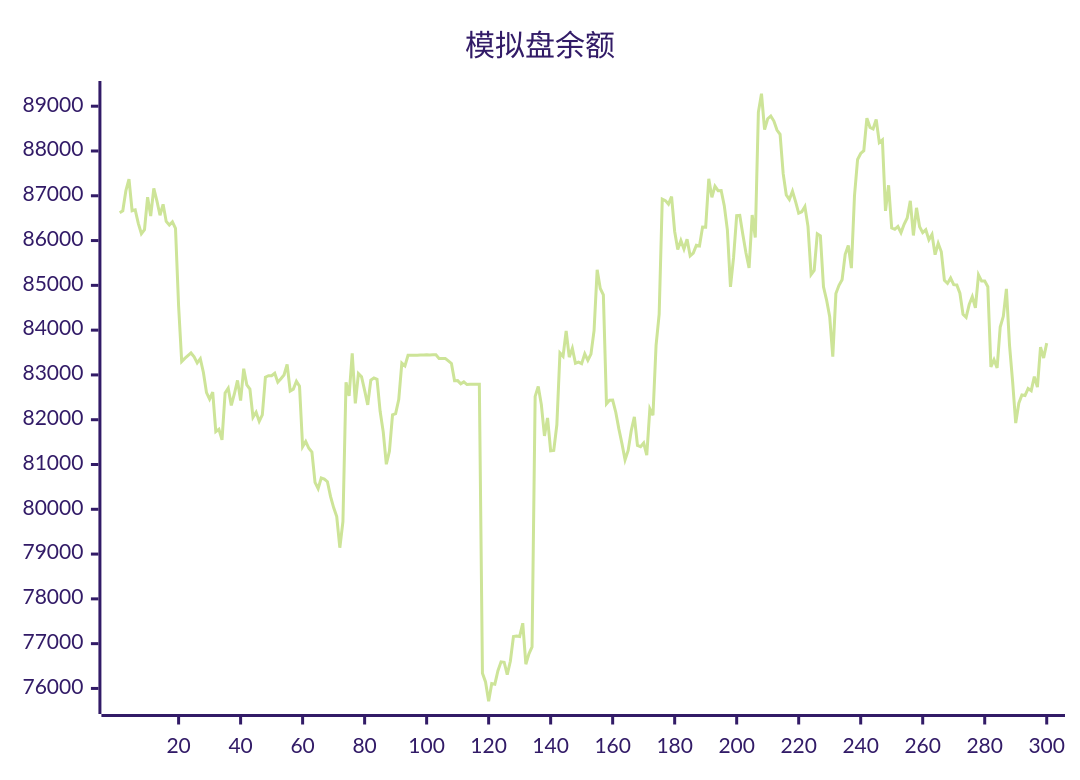
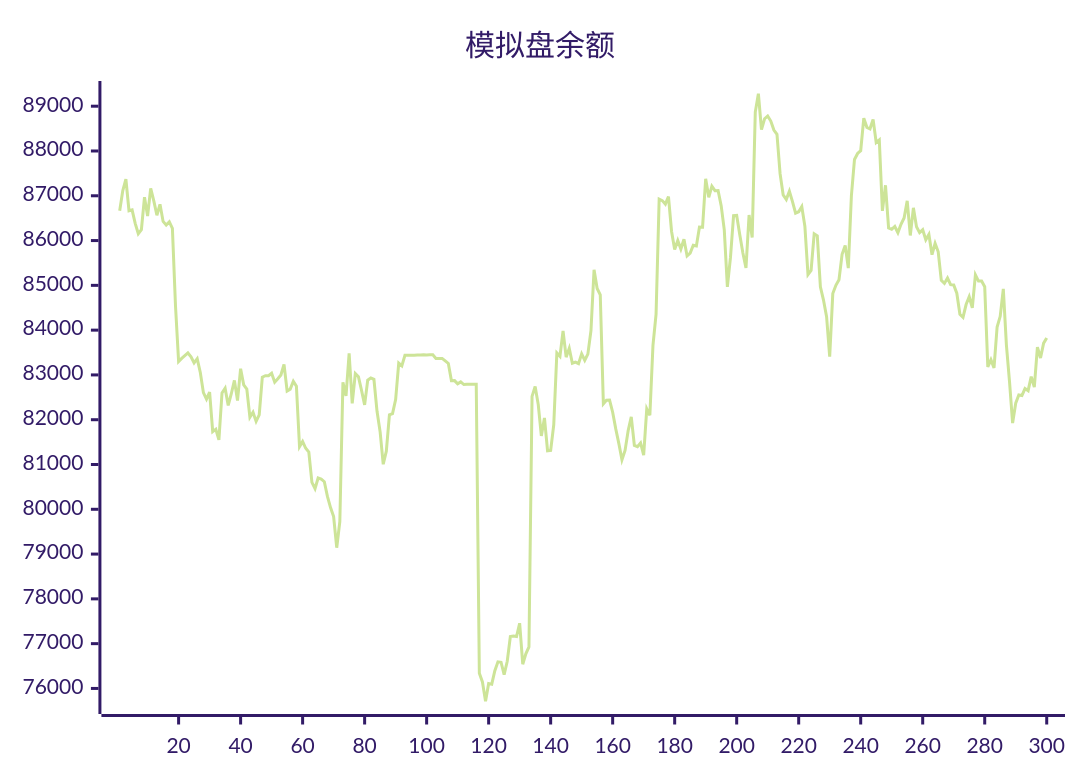
The diagram in README.md (aahl/ai-trading), drawn with Mermaid (forest theme) before and after one commit. The commit also changed other lines of this file and 1 other file, not shown here.

````diff
--- a/README.md
+++ b/README.md
@@ -5,5 +5,5 @@
 ```mermaid
 xychart
     title "模拟盘余额"
-    line [86622,86664,87115,87369,86666,86685,86384,86152,86243,86969,86548,87164,86885,86566,86809,86427,86348,86417,86273,84538,83299,83369,83430,83490,83404,83270,83362,83056,82605,82459,82614,81734,81788,81551,82598,82702,82320,82580,82878,82426,83139,82778,82686,82056,82166,81963,82110,82951,82983,82984,83038,82838,82915,82998,83235,82642,82682,82858,82746,81396,81512,81362,81277,80600,80461,80699,80673,80616,80288,80038,79836,79142,79722,82837,82533,83480,82366,83032,82960,82654,82330,82883,82934,82901,82188,81728,81005,81298,82110,82135,82449,83264,83203,83440,83439,83440,83440,83446,83447,83448,83447,83448,83449,83369,83369,83369,83313,83256,82872,82873,82801,82844,82785,82791,82791,82793,82794,76339,76145,75714,76110,76096,76397,76594,76585,76310,76607,77160,77170,77160,77456,76541,76774,76927,82520,82744,82337,81639,82040,81307,81314,81887,83490,83414,83984,83396,83594,83261,83287,83253,83470,83327,83465,83987,85348,84930,84786,82355,82433,82438,82167,81795,81466,81105,81315,81756,82064,81426,81398,81481,81210,82242,82099,83658,84359,86925,86892,86814,86980,86203,85802,86003,85811,86028,85657,85721,85896,85880,86300,86299,87378,86965,87214,87115,87118,86780,86238,84966,85623,86555,86562,86129,85722,85387,86569,86070,88870,89278,88477,88720,88781,88668,88467,88372,87493,87018,86917,87102,86870,86613,86644,86758,86317,85242,85334,86149,86106,84968,84671,84302,83410,84816,85001,85127,85693,85891,85384,87001,87811,87945,88007,88734,88528,88495,88705,88189,88248,86662,87234,86279,86251,86314,86177,86364,86503,86886,86114,86731,86310,86176,86240,86017,86136,85685,85938,85749,85111,85044,85164,85016,85008,84824,84354,84287,84572,84745,84500,85234,85096,85095,84970,83180,83338,83157,84070,84309,84922,83667,82850,81924,82369,82552,82539,82695,82648,82962,82728,83619,83378,83710]
+    line [86664,87115,87369,86666,86685,86384,86152,86243,86969,86548,87164,86885,86566,86809,86427,86348,86417,86273,84538,83299,83369,83430,83490,83404,83270,83362,83056,82605,82459,82614,81734,81788,81551,82598,82702,82320,82580,82878,82426,83139,82778,82686,82056,82166,81963,82110,82951,82983,82984,83038,82838,82915,82998,83235,82642,82682,82858,82746,81396,81512,81362,81277,80600,80461,80699,80673,80616,80288,80038,79836,79142,79722,82837,82533,83480,82366,83032,82960,82654,82330,82883,82934,82901,82188,81728,81005,81298,82110,82135,82449,83264,83203,83440,83439,83440,83440,83446,83447,83448,83447,83448,83449,83369,83369,83369,83313,83256,82872,82873,82801,82844,82785,82791,82791,82793,82794,76339,76145,75714,76110,76096,76397,76594,76585,76310,76607,77160,77170,77160,77456,76541,76774,76927,82520,82744,82337,81639,82040,81307,81314,81887,83490,83414,83984,83396,83594,83261,83287,83253,83470,83327,83465,83987,85348,84930,84786,82355,82433,82438,82167,81795,81466,81105,81315,81756,82064,81426,81398,81481,81210,82242,82099,83658,84359,86925,86892,86814,86980,86203,85802,86003,85811,86028,85657,85721,85896,85880,86300,86299,87378,86965,87214,87115,87118,86780,86238,84966,85623,86555,86562,86129,85722,85387,86569,86070,88870,89278,88477,88720,88781,88668,88467,88372,87493,87018,86917,87102,86870,86613,86644,86758,86317,85242,85334,86149,86106,84968,84671,84302,83410,84816,85001,85127,85693,85891,85384,87001,87811,87945,88007,88734,88528,88495,88705,88189,88248,86662,87234,86279,86251,86314,86177,86364,86503,86886,86114,86731,86310,86176,86240,86017,86136,85685,85938,85749,85111,85044,85164,85016,85008,84824,84354,84287,84572,84745,84500,85234,85096,85095,84970,83180,83338,83157,84070,84309,84922,83667,82850,81924,82369,82552,82539,82695,82648,82962,82728,83619,83378,83710,83825]
 ```
````
